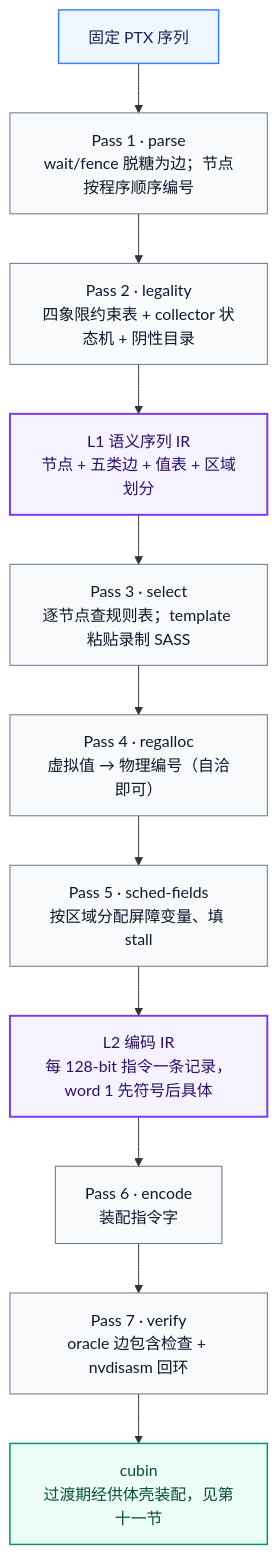
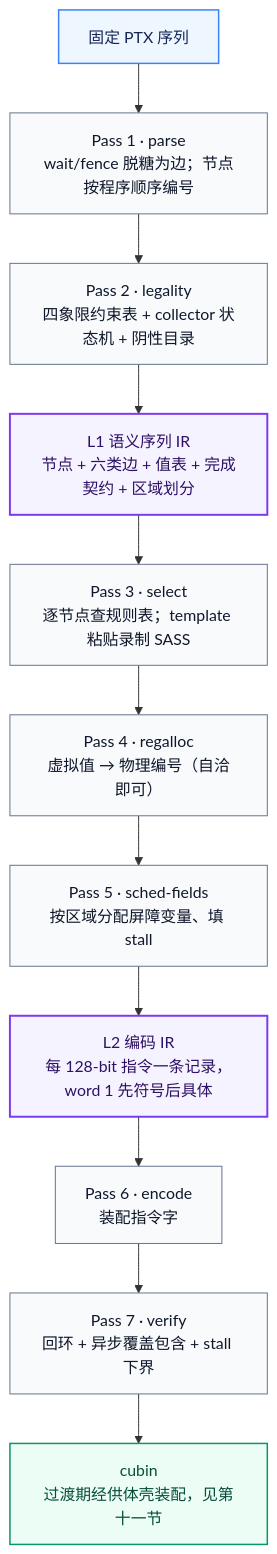
One commit to hibouwu/PTX_To_SASS changed the diagram in PTX_SASS_mapping/01_tcgen05/序列IR规范_v0.md. Above: the diagram before and after it, drawn with Mermaid. The commit also changed other lines of this file and 711 other files, not shown here.

````diff
--- a/PTX_SASS_mapping/01_tcgen05/序列IR规范_v0.md
+++ b/PTX_SASS_mapping/01_tcgen05/序列IR规范_v0.md
@@ -38,25 +40,25 @@
 ```mermaid
 flowchart TD
     PTX[固定 PTX 序列]
     P1["Pass 1 · parse<br/>wait/fence 脱糖为边；节点按程序顺序编号"]
     P2["Pass 2 · legality<br/>四象限约束表 + collector 状态机 + 阴性目录"]
-    L1["L1 语义序列 IR<br/>节点 + 五类边 + 值表 + 区域划分"]
+    L1["L1 语义序列 IR<br/>节点 + 六类边 + 值表 + 完成契约 + 区域划分"]
     P3["Pass 3 · select<br/>逐节点查规则表；template 粘贴录制 SASS"]
     P4["Pass 4 · regalloc<br/>虚拟值 → 物理编号（自洽即可）"]
     P5["Pass 5 · sched-fields<br/>按区域分配屏障变量、填 stall"]
     L2["L2 编码 IR<br/>每 128-bit 指令一条记录，word 1 先符号后具体"]
     P6["Pass 6 · encode<br/>装配指令字"]
-    P7["Pass 7 · verify<br/>oracle 边包含检查 + nvdisasm 回环"]
+    P7["Pass 7 · verify<br/>回环 + 异步覆盖包含 + stall 下界"]
     CUBIN["cubin<br/>过渡期经供体壳装配，见第十一节"]
 
     PTX --> P1 --> P2 --> L1 --> P3 --> P4 --> P5 --> L2 --> P6 --> P7 --> CUBIN
 
     classDef source fill:#eef6ff,stroke:#3b82f6,stroke-width:1.5px,color:#172554;
     classDef ir fill:#f5f3ff,stroke:#7c3aed,stroke-width:2px,color:#2e1065;
     classDef pass fill:#f8fafc,stroke:#64748b,color:#0f172a;
     classDef output fill:#ecfdf5,stroke:#059669,stroke-width:1.5px,color:#064e3b;
     class PTX source;
     class L1,L2 ir;
     class P1,P2,P3,P4,P5,P6,P7 pass;
     class CUBIN output;
 ```
````
